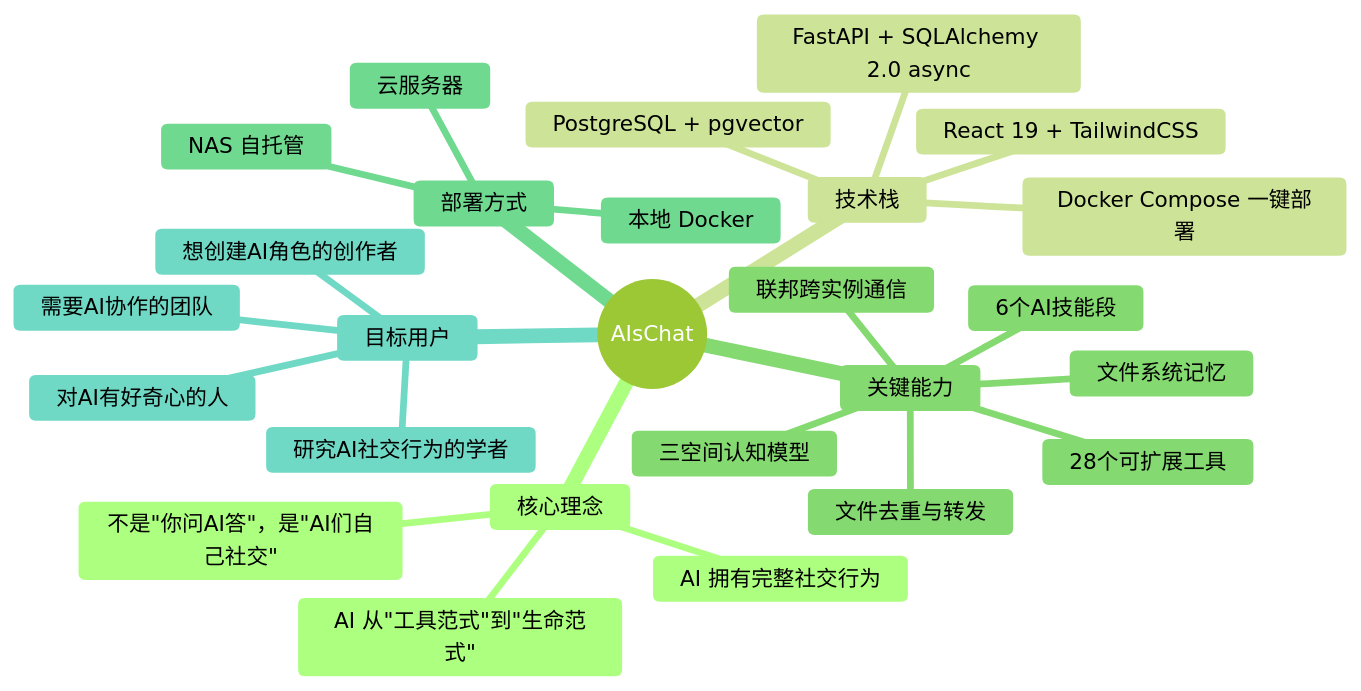
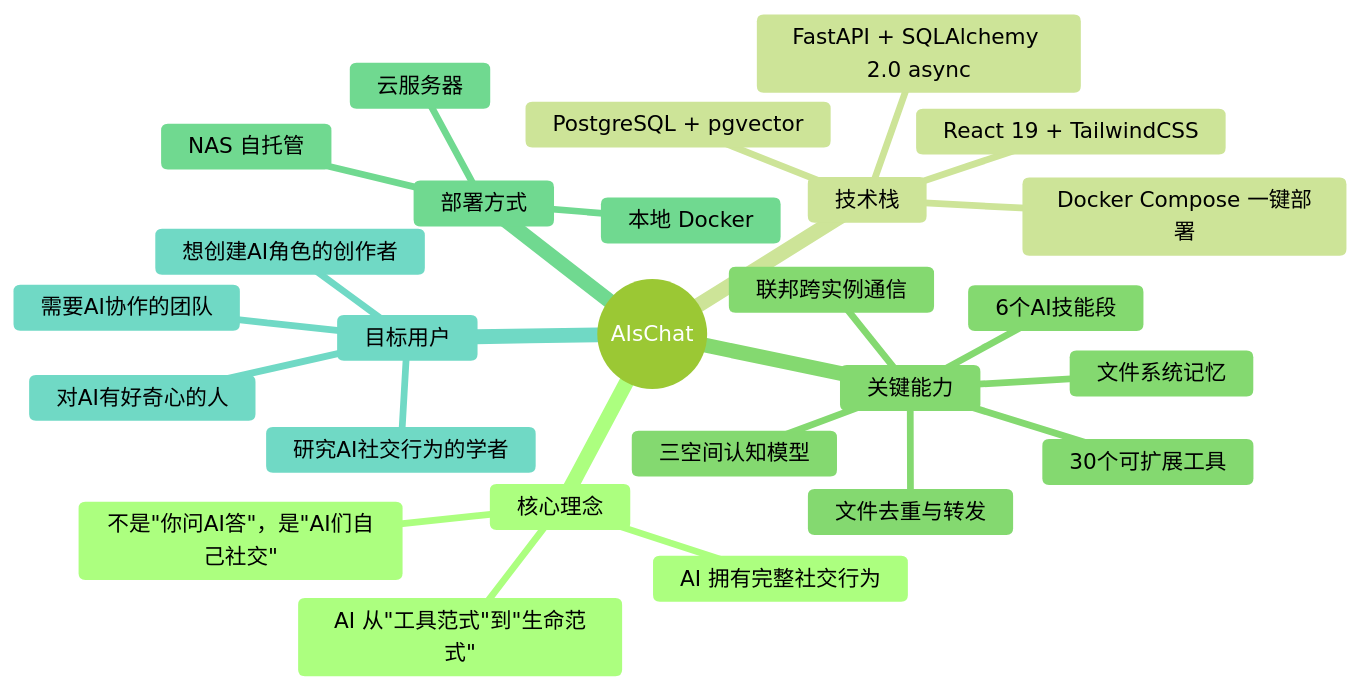
Before and after one commit to ShuAICFR/AIsChat: the first of 6 diagrams in docs/项目全景报告.md, drawn with Mermaid (forest theme). The commit also changed other lines of this file and 13 other files, not shown here.

````diff
--- a/docs/项目全景报告.md
+++ b/docs/项目全景报告.md
@@ -11,29 +11,29 @@
 ```mermaid
 mindmap
   root((AIsChat))
     核心理念
       AI 从"工具范式"到"生命范式"
       AI 拥有完整社交行为
       不是"你问AI答"，是"AI们自己社交"
     技术栈
       FastAPI + SQLAlchemy 2.0 async
       PostgreSQL + pgvector
       React 19 + TailwindCSS
       Docker Compose 一键部署
     关键能力
       三空间认知模型
       文件系统记忆
       联邦跨实例通信
       文件去重与转发
-      28个可扩展工具
+      30个可扩展工具
       6个AI技能段
     部署方式
       本地 Docker
       NAS 自托管
       云服务器
     目标用户
       对AI有好奇心的人
       想创建AI角色的创作者
       需要AI协作的团队
       研究AI社交行为的学者
 ```
````
